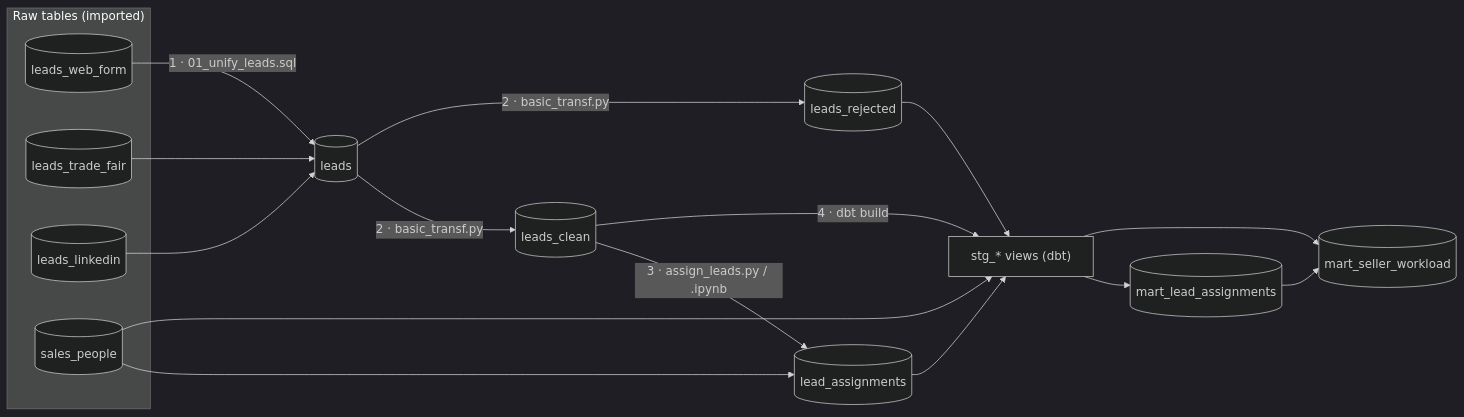
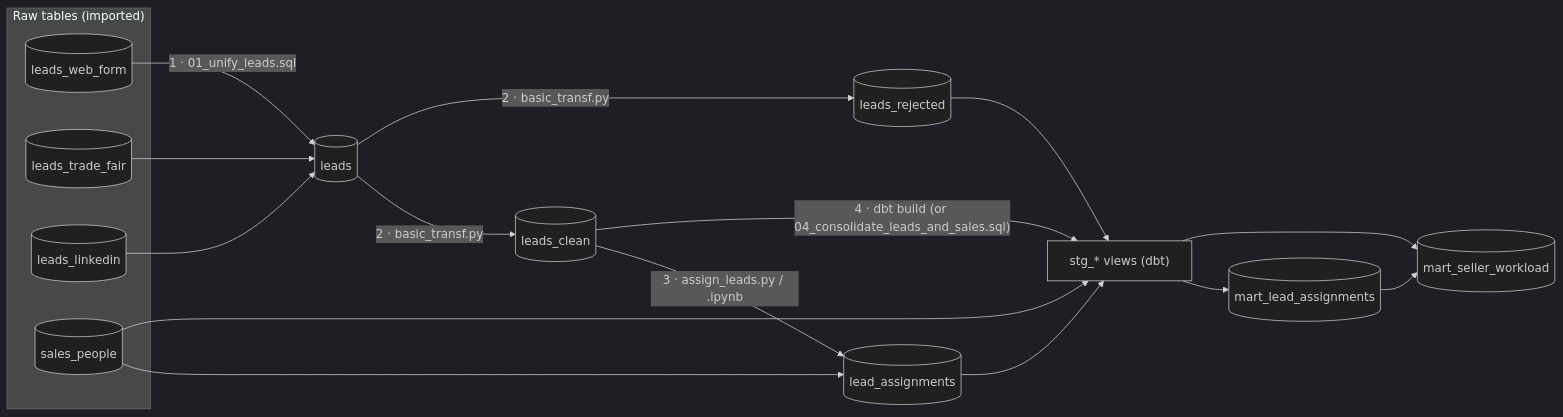
The diagram in compute/README.md (Prenomics/intelek-quickstarts), drawn with Mermaid (dark theme) before and after one commit. The commit also changed other lines of this file and 4 other files, not shown here.

First line of the commit message:
feat(compute): add plain-SQL and standalone alternatives to dbt and utils

````diff
--- a/compute/README.md
+++ b/compute/README.md
@@ -15,35 +15,35 @@
 ```mermaid
 flowchart LR
     subgraph raw["Raw tables (imported)"]
         web[("leads_web_form")]
         fair[("leads_trade_fair")]
         li[("leads_linkedin")]
         sp[("sales_people")]
     end
 
     leads[("leads")]
     clean[("leads_clean")]
     rejected[("leads_rejected")]
     assign[("lead_assignments")]
     stg["stg_* views (dbt)"]
     mla[("mart_lead_assignments")]
     msw[("mart_seller_workload")]
 
     web -->|"1 · 01_unify_leads.sql"| leads
     fair --> leads
     li --> leads
 
     leads -->|"2 · basic_transf.py"| clean
     leads -->|"2 · basic_transf.py"| rejected
 
     clean -->|"3 · assign_leads.py / .ipynb"| assign
     sp --> assign
 
-    clean -->|"4 · dbt build"| stg
+    clean -->|"4 · dbt build (or 04_consolidate_leads_and_sales.sql)"| stg
     rejected --> stg
     sp --> stg
     assign --> stg
     stg --> mla
     stg --> msw
     mla --> msw
 ```
````
